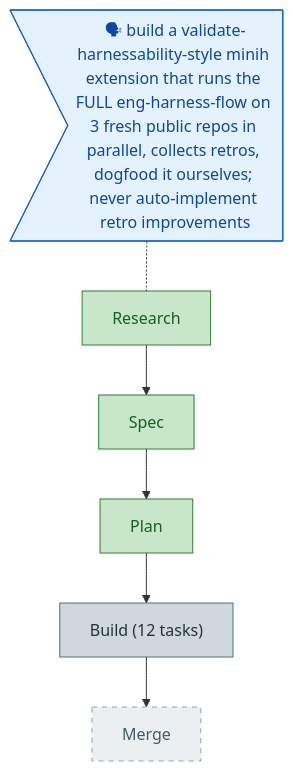
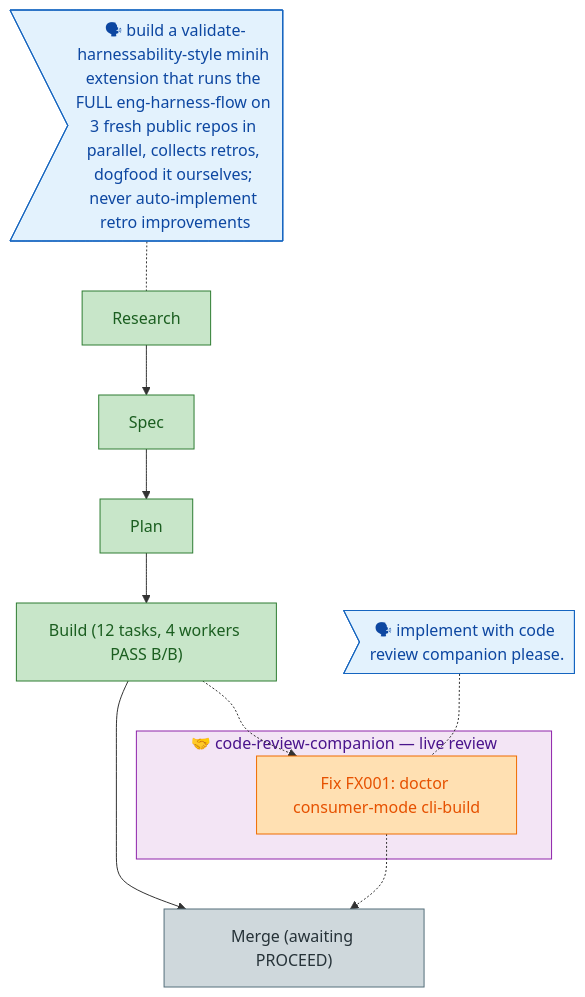
The diagram in docs/plans/013-dogfood-harness-flow/the-flow.md (AI-Substrate/harness-engineering), drawn with Mermaid before and after one commit. The commit also changed other lines of this file and 9 other files, not shown here.

````diff
--- a/docs/plans/013-dogfood-harness-flow/the-flow.md
+++ b/docs/plans/013-dogfood-harness-flow/the-flow.md
@@ -4,19 +4,30 @@
 ```mermaid
 flowchart TD
   classDef done fill:#C8E6C9,stroke:#2E7D32,color:#1B5E20;
   classDef wip fill:#FFE0B2,stroke:#EF6C00,color:#E65100;
   classDef known fill:#CFD8DC,stroke:#546E7A,color:#263238;
   classDef assumed fill:#ECEFF1,stroke:#90A4AE,color:#455A64,stroke-dasharray:5 5;
   classDef said fill:#E3F2FD,stroke:#1565C0,color:#0D47A1;
+  classDef companion fill:#F3E5F5,stroke:#8E24AA,color:#4A148C;
 
   research["Research"]:::done
   spec["Spec"]:::done
   plan["Plan"]:::done
-  phases["Build (12 tasks)"]:::known
-  merge["Merge"]:::assumed
+  phases["Build (12 tasks, 4 workers PASS B/B)"]:::done
+  merge["Merge (awaiting PROCEED)"]:::known
 
   research --> spec --> plan --> phases --> merge
 
+  subgraph companion_fx["🤝 code-review-companion — live review"]
+    fix_fx001["Fix FX001: doctor consumer-mode cli-build"]:::wip
+  end
+  class companion_fx companion
+
+  phases -.-> fix_fx001 -.-> merge
+
   said_research>"🗣 build a validate-harnessability-style minih extension that runs the FULL eng-harness-flow on 3 fresh public repos in parallel, collects retros, dogfood it ourselves; never auto-implement retro improvements"]:::said
   said_research -.- research
+
+  said_fx>"🗣 implement with code review companion please."]:::said
+  said_fx -.- fix_fx001
 ```
````
